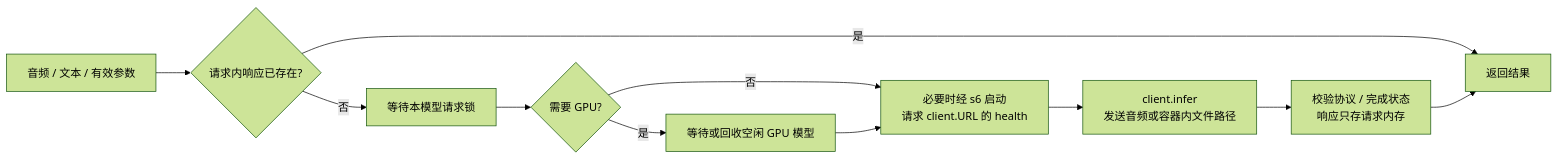
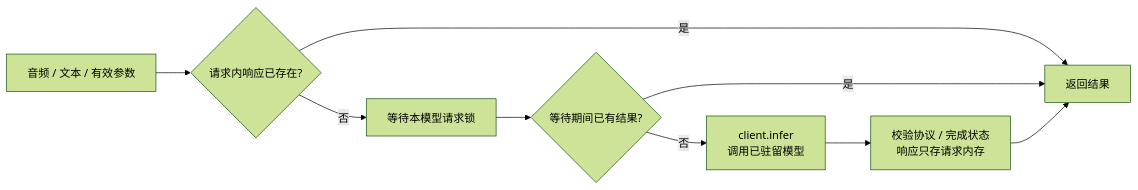
The fifth of 5 diagrams in platform/container/services/asr/DESIGN.md (curoky/codespace), drawn with Mermaid (forest theme) before and after one commit. The commit also changed other lines of this file and 74 other files, not shown here.

````diff
--- a/platform/container/services/asr/DESIGN.md
+++ b/platform/container/services/asr/DESIGN.md
@@ -204,13 +225,11 @@
 ```mermaid
 flowchart LR
     R[音频 / 文本 / 有效参数] --> C{请求内响应已存在?}
     C -->|是| O[返回结果]
     C -->|否| L[等待本模型请求锁]
-    L --> G{需要 GPU?}
-    G -->|是| A[等待或回收空闲 GPU 模型]
-    G -->|否| S
-    A --> S[必要时经 s6 启动<br/>请求 client.URL 的 health]
-    S --> I[client.infer<br/>发送音频或容器内文件路径]
+    L --> C2{等待期间已有结果?}
+    C2 -->|是| O
+    C2 -->|否| I[client.infer<br/>调用已驻留模型]
     I --> V[校验协议 / 完成状态<br/>响应只存请求内存]
     V --> O
 ```
````
